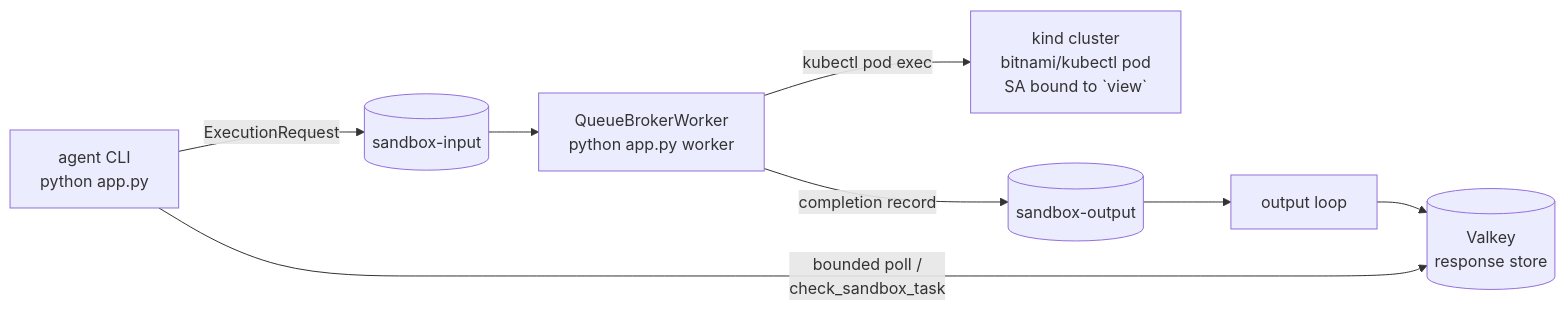
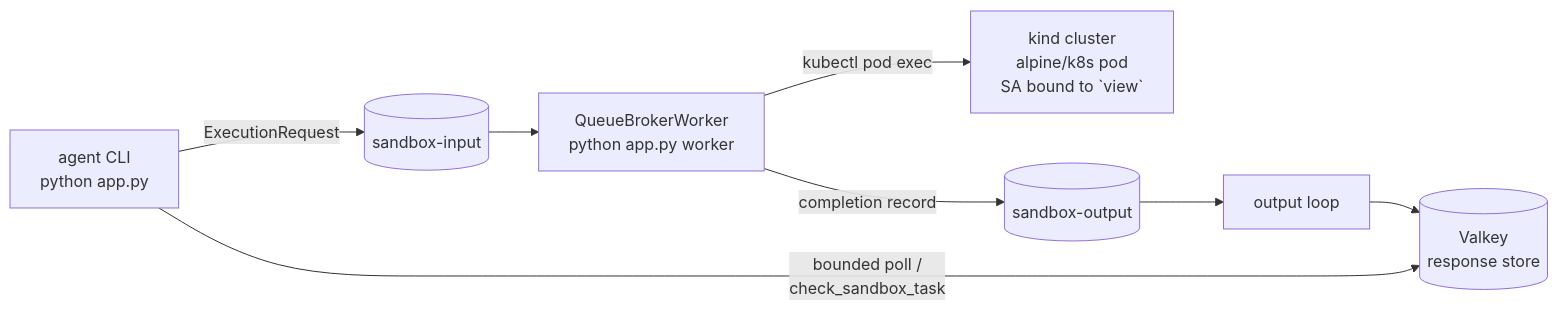
Before and after one commit to yaalalabs/agent-kernel: the diagram in examples/sandbox/broker-kafka/README.md, drawn with Mermaid. The commit also changed other lines of this file and 14 other files, not shown here.

````diff
--- a/examples/sandbox/broker-kafka/README.md
+++ b/examples/sandbox/broker-kafka/README.md
@@ -9,9 +9,9 @@
 ```mermaid
 flowchart LR
     CLI[agent CLI<br/>python app.py] -->|ExecutionRequest| IN[(sandbox-input)]
     IN --> W[QueueBrokerWorker<br/>python app.py worker]
-    W -->|kubectl pod exec| K8S[kind cluster<br/>bitnami/kubectl pod<br/>SA bound to `view`]
+    W -->|kubectl pod exec| K8S[kind cluster<br/>alpine/k8s pod<br/>SA bound to `view`]
     W -->|completion record| OUT[(sandbox-output)]
     OUT --> W2[output loop] --> RS[(Valkey<br/>response store)]
     CLI -->|bounded poll /<br/>check_sandbox_task| RS
 ```
````
